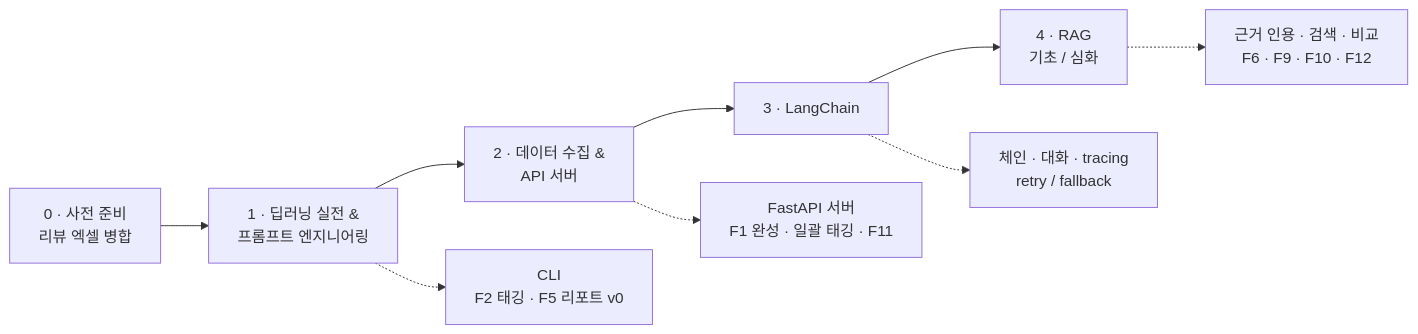
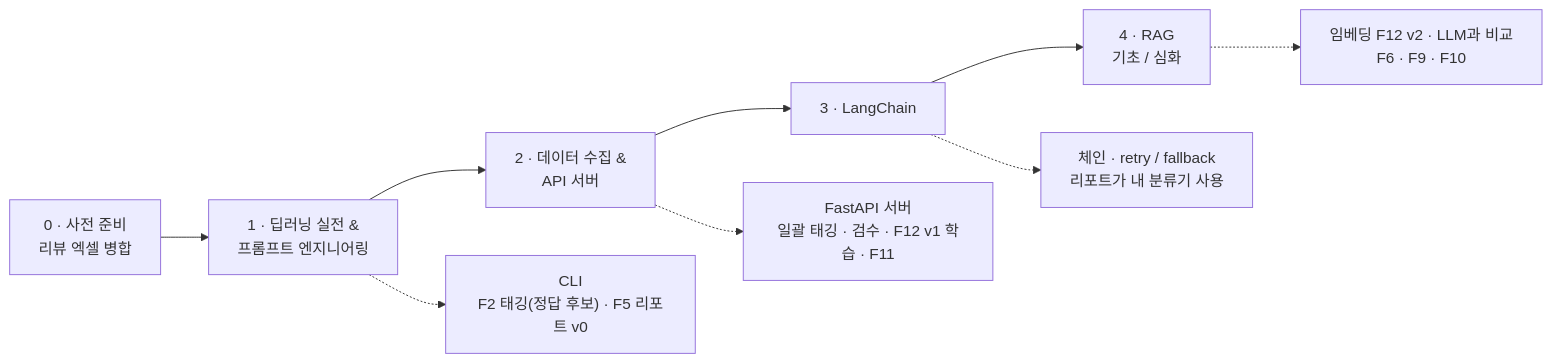
One commit to ho-yu/seller-lens changed the diagram in README.md. Above: the diagram before and after it, drawn with Mermaid. The commit also changed other lines of this file and 5 other files, not shown here.

````diff
--- a/README.md
+++ b/README.md
@@ -39,12 +39,12 @@
 ```mermaid
 flowchart LR
     S0["0 · 사전 준비<br/>리뷰 엑셀 병합"] --> C1["1 · 딥러닝 실전 &<br/>프롬프트 엔지니어링"]
     C1 --> C2["2 · 데이터 수집 &<br/>API 서버"]
     C2 --> C3["3 · LangChain"]
     C3 --> C4["4 · RAG<br/>기초 / 심화"]
 
-    C1 -.-> M1["CLI<br/>F2 태깅 · F5 리포트 v0"]
-    C2 -.-> M2["FastAPI 서버<br/>F1 완성 · 일괄 태깅 · F11"]
-    C3 -.-> M3["체인 · 대화 · tracing<br/>retry / fallback"]
-    C4 -.-> M4["근거 인용 · 검색 · 비교<br/>F6 · F9 · F10 · F12"]
+    C1 -.-> M1["CLI<br/>F2 태깅(정답 후보) · F5 리포트 v0"]
+    C2 -.-> M2["FastAPI 서버<br/>일괄 태깅 · 검수 · F12 v1 학습 · F11"]
+    C3 -.-> M3["체인 · retry / fallback<br/>리포트가 내 분류기 사용"]
+    C4 -.-> M4["임베딩 F12 v2 · LLM과 비교<br/>F6 · F9 · F10"]
 ```
````
